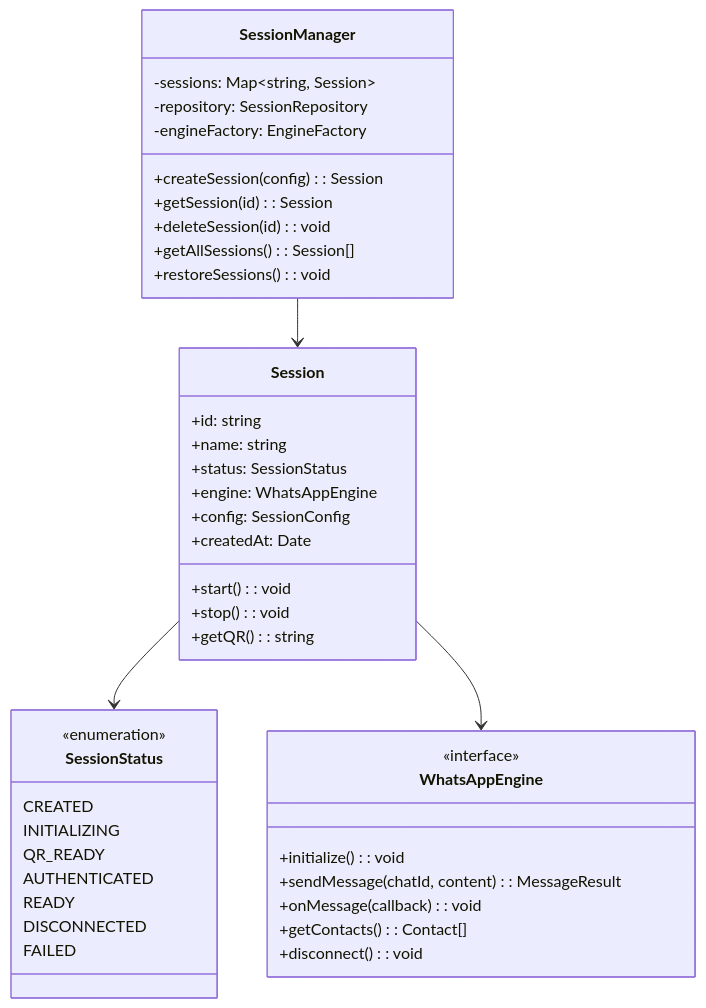
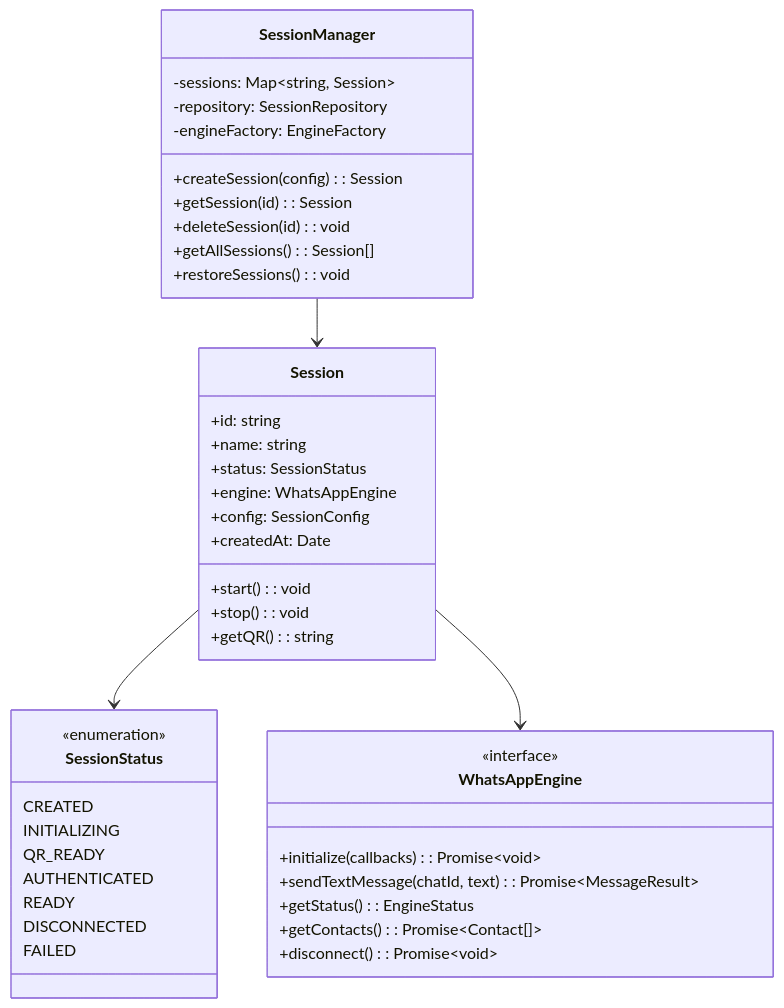
Before and after one commit to nourayman21k/OpenWA: the ninth of 24 diagrams in docs/03-system-architecture.md, drawn with Mermaid. The commit also changed other lines of this file and 13 other files, not shown here.

````diff
--- a/docs/03-system-architecture.md
+++ b/docs/03-system-architecture.md
@@ -522,49 +460,49 @@
 ```mermaid
 classDiagram
     class SessionManager {
         -sessions: Map~string, Session~
         -repository: SessionRepository
         -engineFactory: EngineFactory
         +createSession(config): Session
         +getSession(id): Session
         +deleteSession(id): void
         +getAllSessions(): Session[]
         +restoreSessions(): void
     }
     
     class Session {
         +id: string
         +name: string
         +status: SessionStatus
         +engine: WhatsAppEngine
         +config: SessionConfig
         +createdAt: Date
         +start(): void
         +stop(): void
         +getQR(): string
     }
     
     class SessionStatus {
         <<enumeration>>
         CREATED
         INITIALIZING
         QR_READY
         AUTHENTICATED
         READY
         DISCONNECTED
         FAILED
     }
     
     class WhatsAppEngine {
         <<interface>>
-        +initialize(): void
-        +sendMessage(chatId, content): MessageResult
-        +onMessage(callback): void
-        +getContacts(): Contact[]
-        +disconnect(): void
+        +initialize(callbacks): Promise~void~
+        +sendTextMessage(chatId, text): Promise~MessageResult~
+        +getStatus(): EngineStatus
+        +getContacts(): Promise~Contact[]~
+        +disconnect(): Promise~void~
     }
     
     SessionManager --> Session
     Session --> SessionStatus
     Session --> WhatsAppEngine
 ```
````
